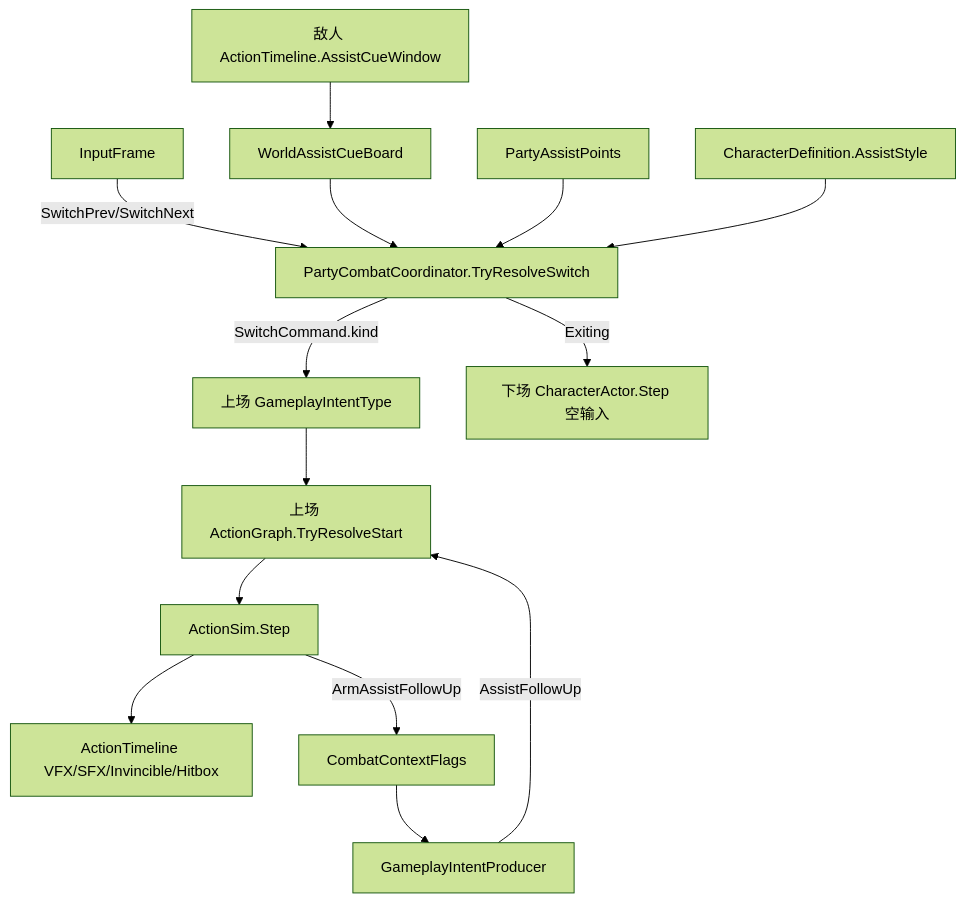
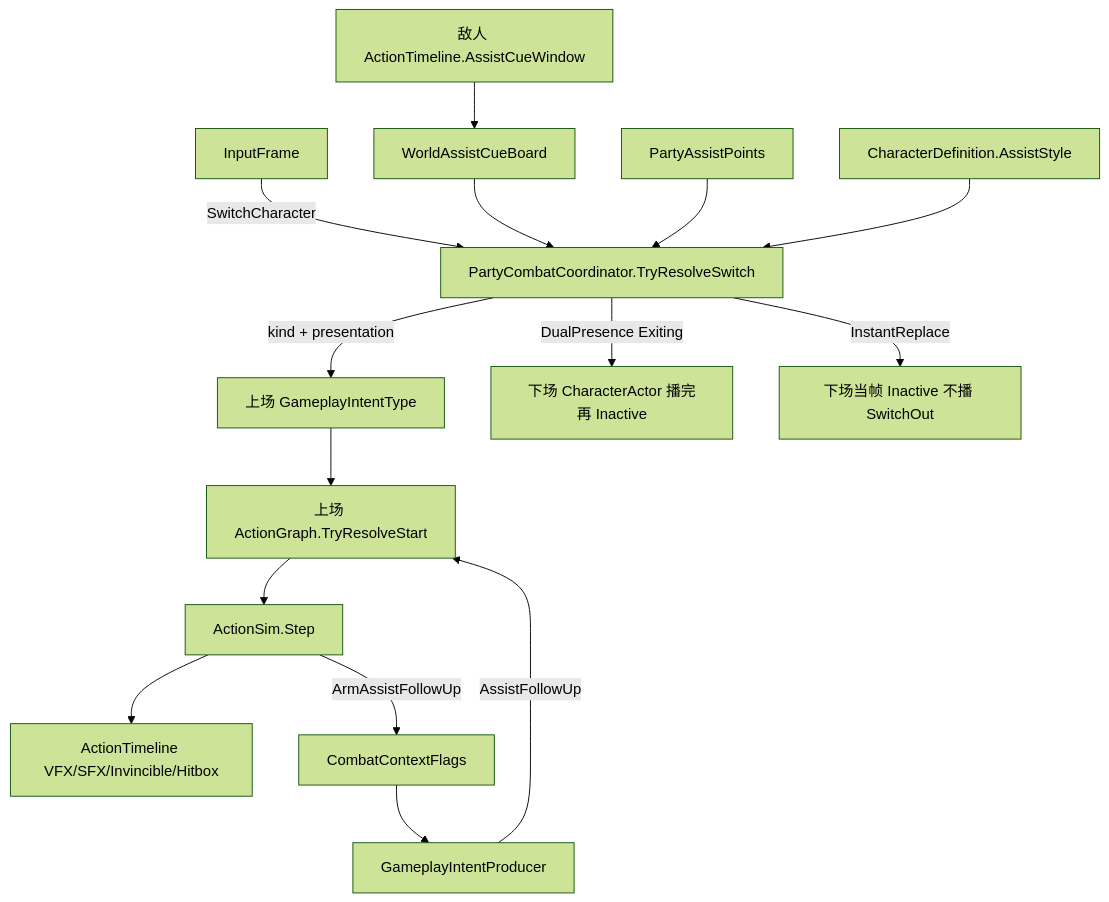
One commit to diosamacao/DiavoloGame changed the diagram in docs/2026.8.30/PARTY_SWITCH_ASSIST_PLAN.md. Above: the diagram before and after it, drawn with Mermaid (forest theme). The commit also changed other lines of this file, not shown here.

````diff
--- a/docs/2026.8.30/PARTY_SWITCH_ASSIST_PLAN.md
+++ b/docs/2026.8.30/PARTY_SWITCH_ASSIST_PLAN.md
@@ -196,16 +201,17 @@
 ```mermaid
 flowchart TB
-  InputFrame -->|SwitchPrev/SwitchNext| Coordinator[PartyCombatCoordinator.TryResolveSwitch]
+  InputFrame -->|SwitchCharacter| Coordinator[PartyCombatCoordinator.TryResolveSwitch]
   EnemyTL[敌人 ActionTimeline.AssistCueWindow] --> CueBoard[WorldAssistCueBoard]
   CueBoard --> Coordinator
   AssistPts[PartyAssistPoints] --> Coordinator
   Def[CharacterDefinition.AssistStyle] --> Coordinator
-  Coordinator -->|SwitchCommand.kind| IncomingIntent[上场 GameplayIntentType]
-  Coordinator -->|Exiting| Outgoing[下场 CharacterActor.Step 空输入]
+  Coordinator -->|kind + presentation| IncomingIntent[上场 GameplayIntentType]
+  Coordinator -->|DualPresence Exiting| Outgoing[下场 CharacterActor 播完再 Inactive]
+  Coordinator -->|InstantReplace| Hide[下场当帧 Inactive 不播 SwitchOut]
   IncomingIntent --> Graph[上场 ActionGraph.TryResolveStart]
   Graph --> ActionSim[ActionSim.Step]
   ActionSim --> TL[ActionTimeline VFX/SFX/Invincible/Hitbox]
   ActionSim -->|ArmAssistFollowUp| Flags[CombatContextFlags]
   Flags --> Producer[GameplayIntentProducer]
   Producer -->|AssistFollowUp| Graph
 ```
````
